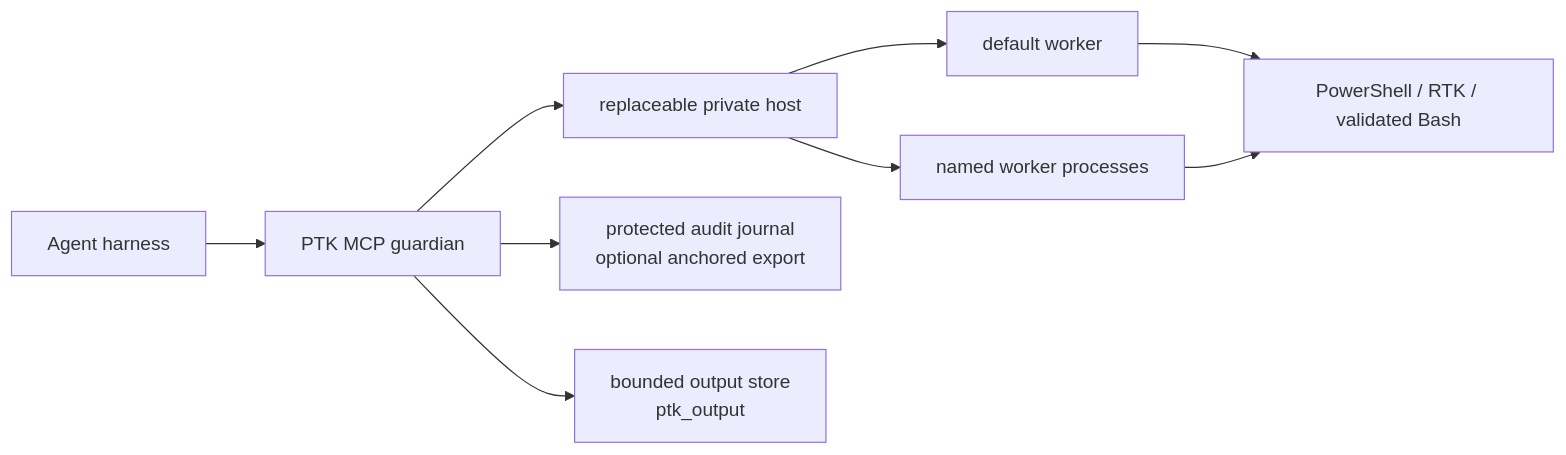
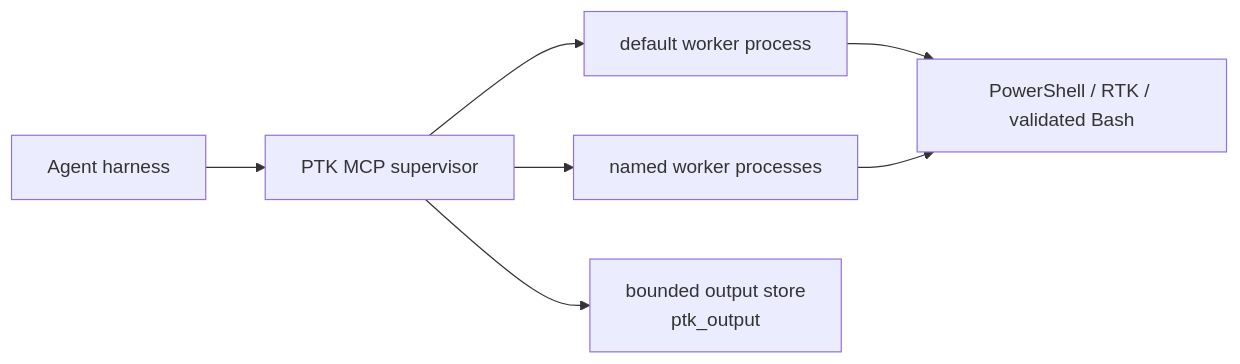
The diagram in README.md (AlsoBeltrix/PowerShell-Token-Killer), drawn with Mermaid before and after one commit. The commit also changed other lines of this file and 5 other files, not shown here.

````diff
--- a/README.md
+++ b/README.md
@@ -52,11 +48,9 @@
 ```mermaid
 flowchart LR
-    H[Agent harness] --> G[PTK MCP guardian]
-    G --> S[replaceable private host]
-    S --> D[default worker]
+    H[Agent harness] --> S[PTK MCP supervisor]
+    S --> D[default worker process]
     S --> N[named worker processes]
     D --> E[PowerShell / RTK / validated Bash]
     N --> E
-    G --> A[protected audit journal<br/>optional anchored export]
-    G --> O[bounded output store<br/>ptk_output]
+    S --> O[bounded output store<br/>ptk_output]
 ```
````
